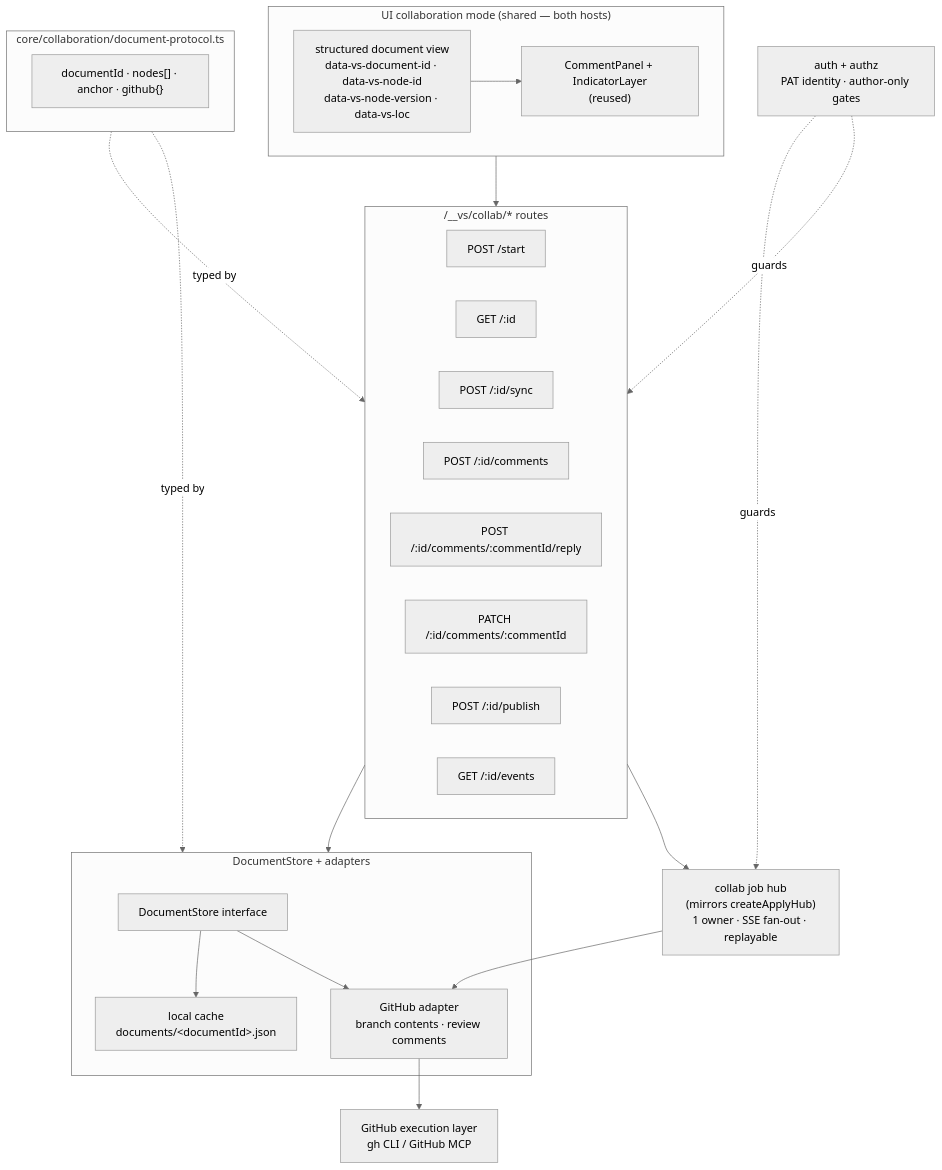
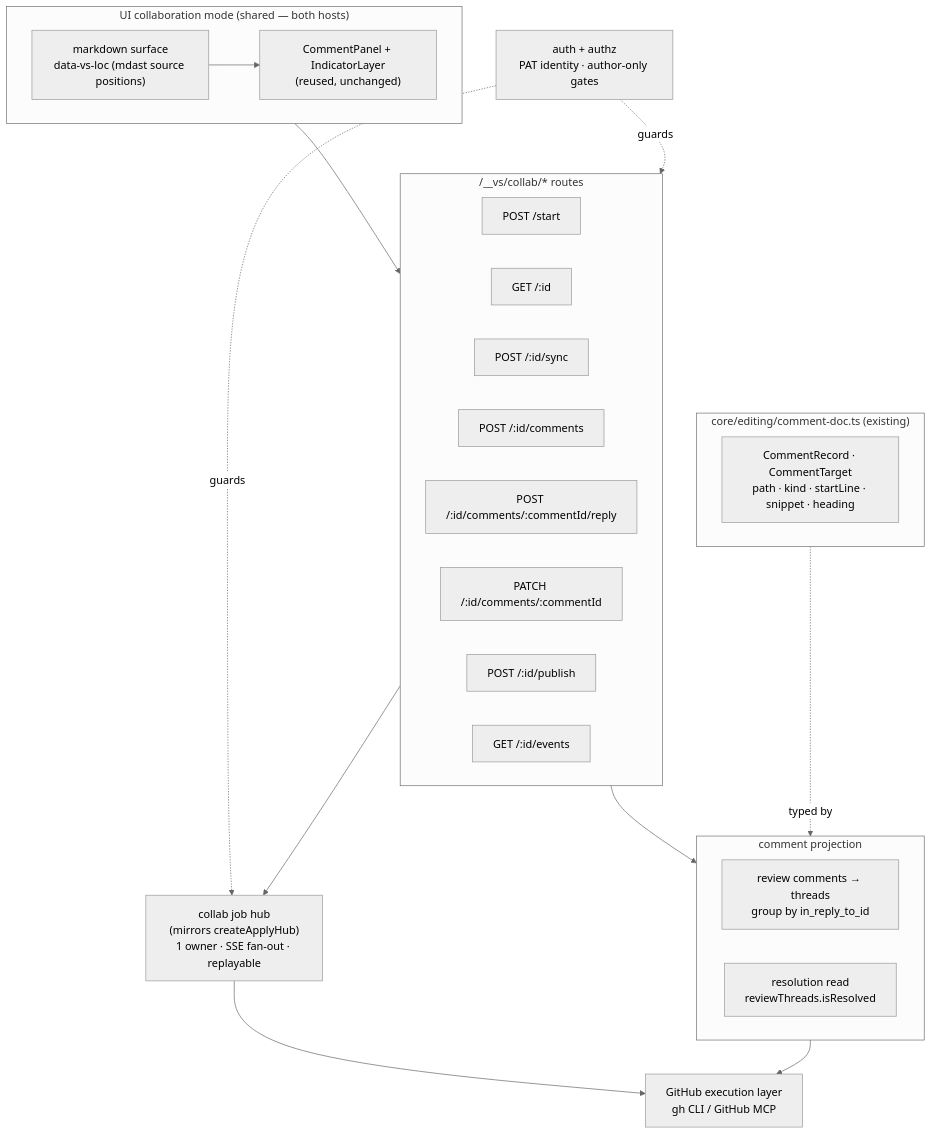
One commit to metuur-ai/agentic-visual-spec changed the first of 3 diagrams in docs/lld/github-pr-collaborative-documents.md. Above: the diagram before and after it, drawn with Mermaid (neutral theme). The commit also changed other lines of this file and 7 other files, not shown here.

First line of the commit message:
docs(collab): retire the JSON document format; specify Markdown-native review

````diff
--- a/docs/lld/github-pr-collaborative-documents.md
+++ b/docs/lld/github-pr-collaborative-documents.md
@@ -7,44 +13,40 @@
 ```mermaid
 flowchart TB
   subgraph UI["UI collaboration mode (shared — both hosts)"]
-    view["structured document view<br/>data-vs-document-id · data-vs-node-id<br/>data-vs-node-version · data-vs-loc"]
-    panel["CommentPanel + IndicatorLayer<br/>(reused)"]
+    view["markdown surface<br/>data-vs-loc (mdast source positions)"]
+    panel["CommentPanel + IndicatorLayer<br/>(reused, unchanged)"]
     view --> panel
   end
 
   subgraph Routes["/__vs/collab/* routes"]
     r1["POST /start"]
     r2["GET /:id"]
     r3["POST /:id/sync"]
     r4["POST /:id/comments"]
     r5["POST /:id/comments/:commentId/reply"]
     r6["PATCH /:id/comments/:commentId"]
     r7["POST /:id/publish"]
     r8["GET /:id/events"]
   end
 
-  subgraph Model["core/collaboration/document-protocol.ts"]
-    m["documentId · nodes[] · anchor · github{}"]
+  subgraph Model["core/editing/comment-doc.ts (existing)"]
+    m["CommentRecord · CommentTarget<br/>path · kind · startLine · snippet · heading"]
   end
 
-  subgraph Stores["DocumentStore + adapters"]
-    ds["DocumentStore interface"]
-    local["local cache<br/>documents/&lt;documentId&gt;.json"]
-    ghs["GitHub adapter<br/>branch contents · review comments"]
-    ds --> local
-    ds --> ghs
+  subgraph Proj["comment projection"]
+    thr["review comments → threads<br/>group by in_reply_to_id"]
+    res["resolution read<br/>reviewThreads.isResolved"]
   end
 
   Jobs["collab job hub<br/>(mirrors createApplyHub)<br/>1 owner · SSE fan-out · replayable"]
   GHX["GitHub execution layer<br/>gh CLI / GitHub MCP"]
   Auth["auth + authz<br/>PAT identity · author-only gates"]
 
-  UI --> Routes --> Stores
+  UI --> Routes --> Proj
   Routes --> Jobs
-  Model -.typed by.-> Routes
-  Model -.typed by.-> Stores
-  Jobs --> ghs
-  ghs --> GHX
+  Model -.typed by.-> Proj
+  Proj --> GHX
+  Jobs --> GHX
   Auth -.guards.-> Routes
   Auth -.guards.-> Jobs
 ```
````
